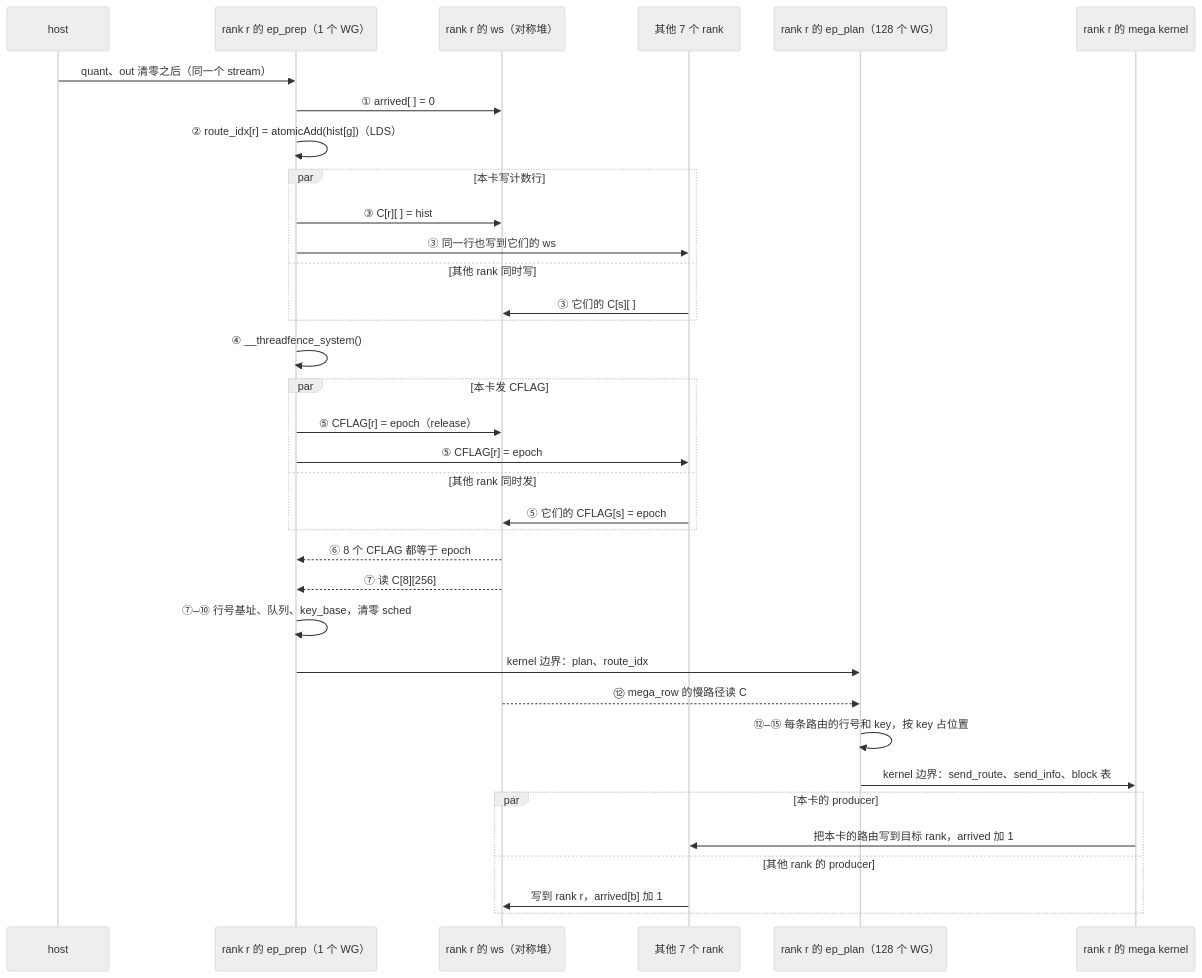
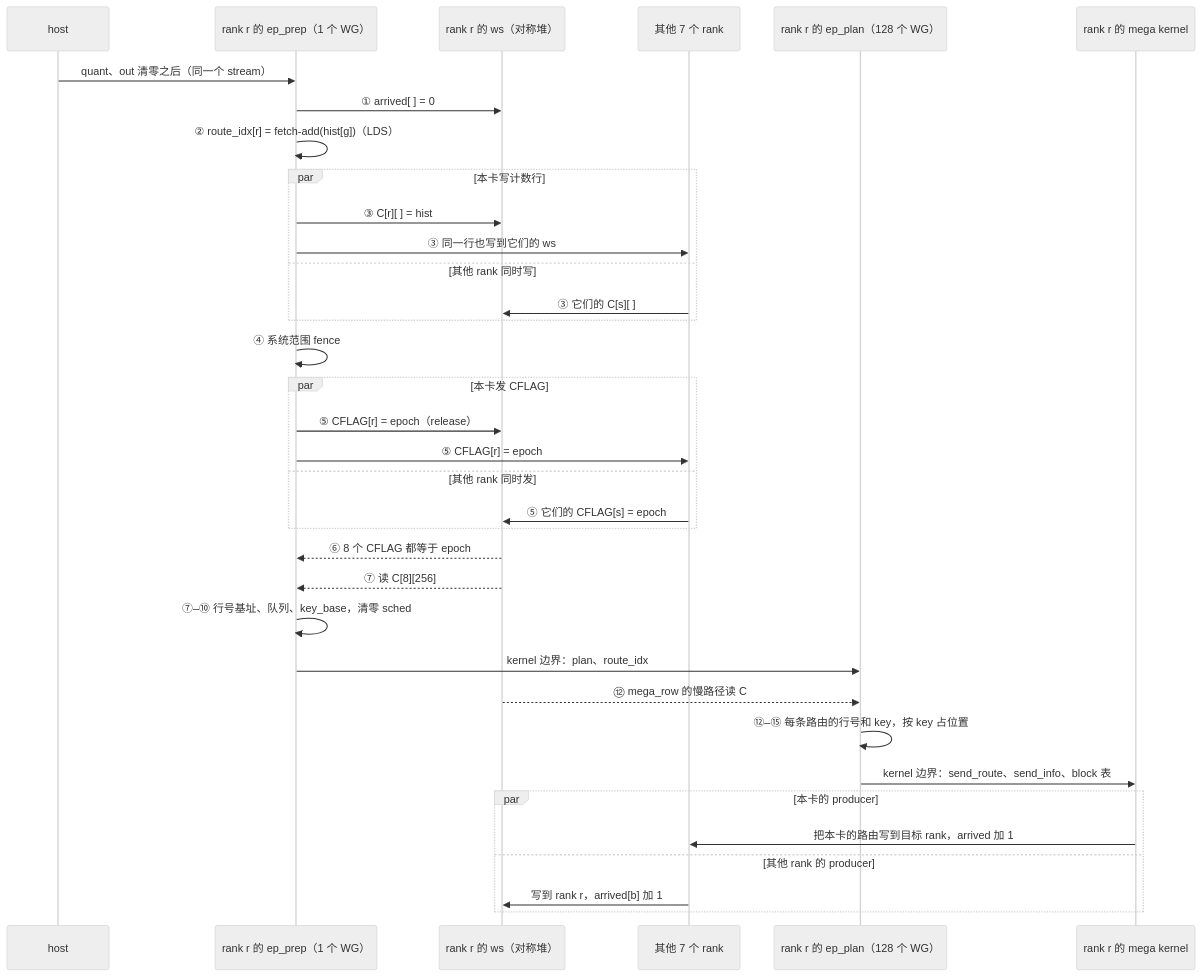
Before and after one commit to tingqli/pyhip: the diagram in docs/megamoe_ep8_942/ep_prep_plan.md, drawn with Mermaid (neutral theme). The commit also changed other lines of this file and 12 other files, not shown here.

````diff
--- a/docs/megamoe_ep8_942/ep_prep_plan.md
+++ b/docs/megamoe_ep8_942/ep_prep_plan.md
@@ -52,37 +52,37 @@
 ```mermaid
 sequenceDiagram
     participant H as host
     participant P as rank r 的 ep_prep（1 个 WG）
     participant W as rank r 的 ws（对称堆）
     participant O as 其他 7 个 rank
     participant L as rank r 的 ep_plan（128 个 WG）
     participant M as rank r 的 mega kernel
     H->>P: quant、out 清零之后（同一个 stream）
     P->>W: ① arrived[ ] = 0
-    P->>P: ② route_idx[r] = atomicAdd(hist[g])（LDS）
+    P->>P: ② route_idx[r] = fetch-add(hist[g])（LDS）
     par 本卡写计数行
         P->>W: ③ C[r][ ] = hist
         P->>O: ③ 同一行也写到它们的 ws
     and 其他 rank 同时写
         O->>W: ③ 它们的 C[s][ ]
     end
-    P->>P: ④ __threadfence_system()
+    P->>P: ④ 系统范围 fence
     par 本卡发 CFLAG
         P->>W: ⑤ CFLAG[r] = epoch（release）
         P->>O: ⑤ CFLAG[r] = epoch
     and 其他 rank 同时发
         O->>W: ⑤ 它们的 CFLAG[s] = epoch
     end
     W-->>P: ⑥ 8 个 CFLAG 都等于 epoch
     W-->>P: ⑦ 读 C[8][256]
     P->>P: ⑦–⑩ 行号基址、队列、key_base，清零 sched
     P->>L: kernel 边界：plan、route_idx
     W-->>L: ⑫ mega_row 的慢路径读 C
     L->>L: ⑫–⑮ 每条路由的行号和 key，按 key 占位置
     L->>M: kernel 边界：send_route、send_info、block 表
     par 本卡的 producer
         M->>O: 把本卡的路由写到目标 rank，arrived 加 1
     and 其他 rank 的 producer
         O->>W: 写到 rank r，arrived[b] 加 1
     end
 ```
````
